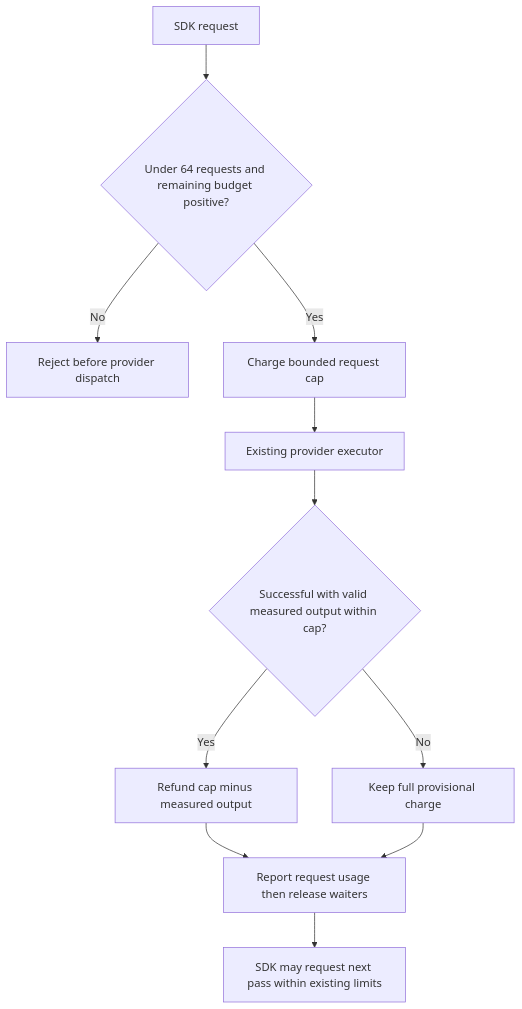
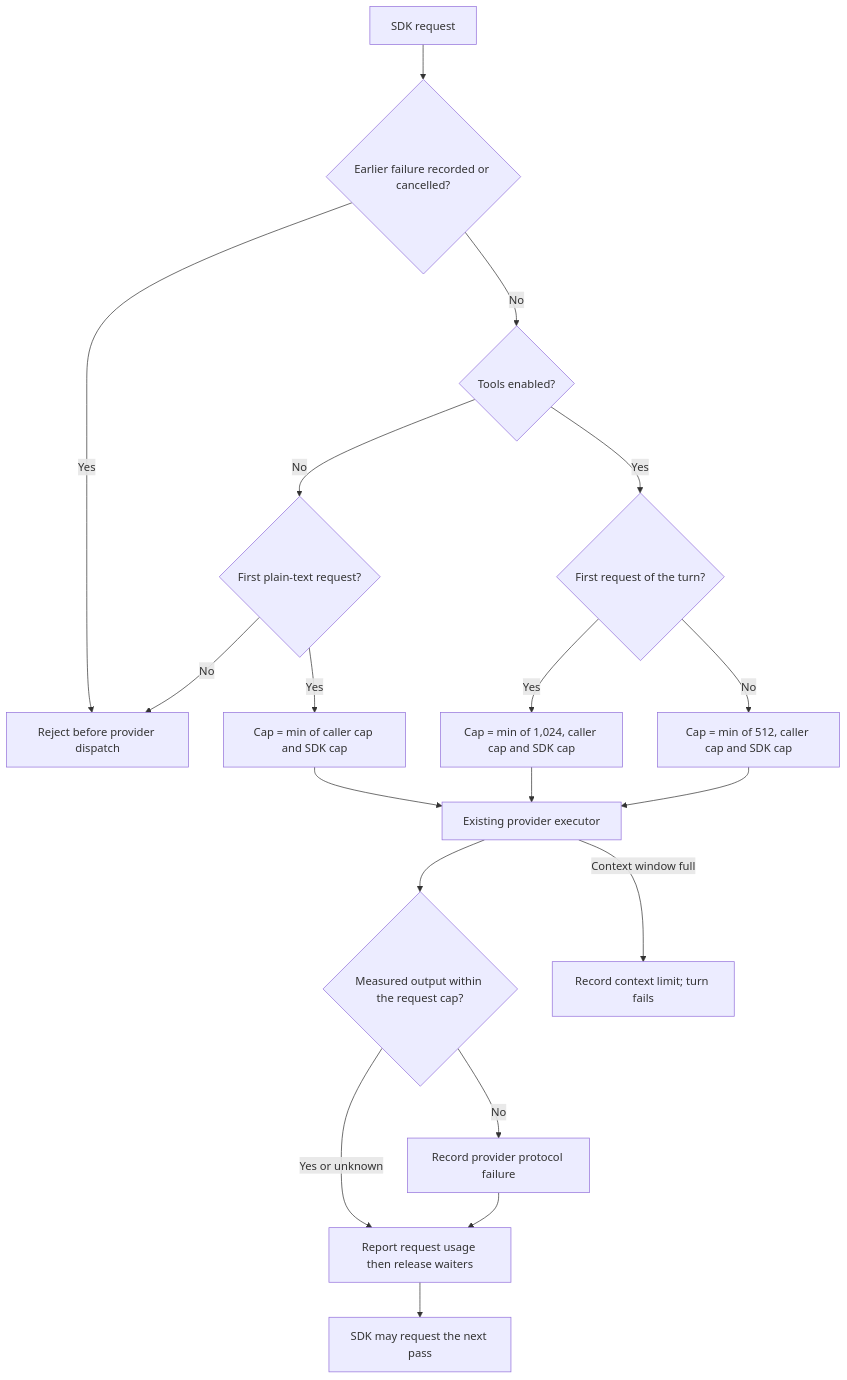
One commit to pidster/asura changed the first of 2 diagrams in docs/designs/turn-usage-helper.md. Above: the diagram before and after it, drawn with Mermaid. The commit also changed other lines of this file and 57 other files, not shown here.

First line of the commit message:
Raise the turn tool-call limit to 200 and remove turn totals

````diff
--- a/docs/designs/turn-usage-helper.md
+++ b/docs/designs/turn-usage-helper.md
@@ -116,13 +122,21 @@
 ```mermaid
 flowchart TD
-    Request[SDK request] --> Bounds{Under 64 requests and remaining budget positive?}
-    Bounds -->|No| Reject[Reject before provider dispatch]
-    Bounds -->|Yes| Reserve[Charge bounded request cap]
-    Reserve --> Provider[Existing provider executor]
-    Provider --> Settlement{Successful with valid measured output within cap?}
-    Settlement -->|Yes| Refund[Refund cap minus measured output]
-    Settlement -->|No| Keep[Keep full provisional charge]
-    Refund --> Report[Report request usage then release waiters]
-    Keep --> Report
-    Report --> Next[SDK may request next pass within existing limits]
+    Request[SDK request] --> Failed{Earlier failure recorded or cancelled?}
+    Failed -->|Yes| Reject[Reject before provider dispatch]
+    Failed -->|No| Mode{Tools enabled?}
+    Mode -->|No| Plain{First plain-text request?}
+    Plain -->|No| Reject
+    Plain -->|Yes| PlainCap[Cap = min of caller cap and SDK cap]
+    Mode -->|Yes| First{First request of the turn?}
+    First -->|Yes| FirstCap[Cap = min of 1,024, caller cap and SDK cap]
+    First -->|No| LaterCap[Cap = min of 512, caller cap and SDK cap]
+    PlainCap --> Provider[Existing provider executor]
+    FirstCap --> Provider
+    LaterCap --> Provider
+    Provider --> Check{Measured output within the request cap?}
+    Check -->|Yes or unknown| Report[Report request usage then release waiters]
+    Check -->|No| Fault[Record provider protocol failure]
+    Fault --> Report
+    Provider -->|Context window full| Full[Record context limit; turn fails]
+    Report --> Next[SDK may request the next pass]
 ```
````
